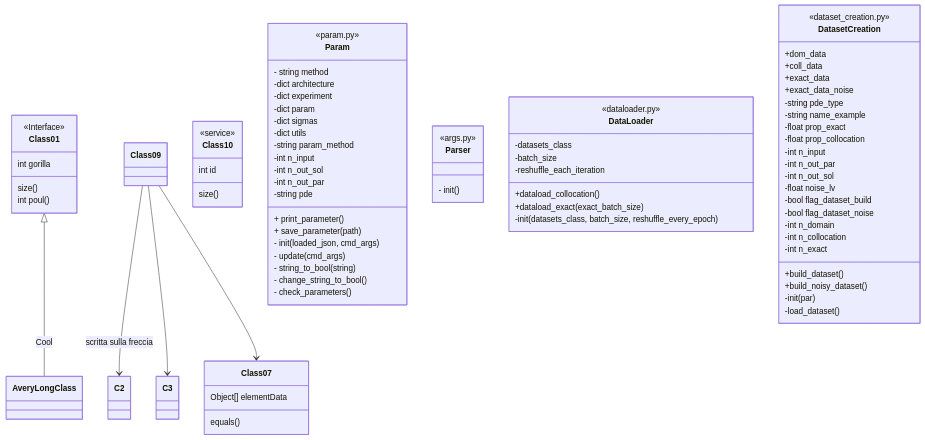
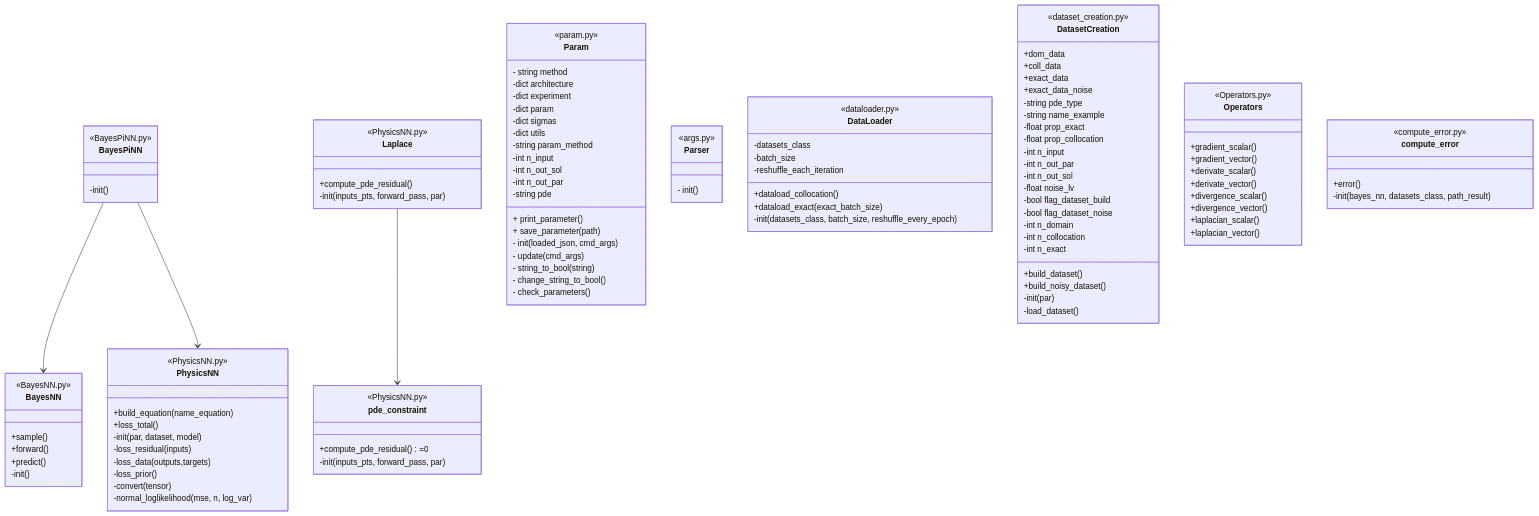
The diagram in classes.md (giuliamesc/BPINNs), drawn with Mermaid before and after one commit. The commit also changed 3 other files, not shown here.

````diff
--- a/classes.md
+++ b/classes.md
@@ -1,20 +1,8 @@
 ```mermaid
 classDiagram
-Class01 <|-- AveryLongClass : Cool
-<<Interface>> Class01
-Class09 --> C2 : scritta sulla freccia
-Class09 --> C3
-Class09 --> Class07
-Class07 : equals()
-Class07 : Object[] elementData
-Class01 : size()
-Class01 : int poul()
-Class01 : int gorilla
-class Class10 {
-  <<service>>
-  int id
-  size()
-}
+BayesPiNN --> BayesNN
+BayesPiNN --> PhysicsNN
+Laplace --> pde_constraint
 class Param{
     <<param.py>>
     - string method
@@ -78,4 +66,59 @@
     -load_dataset()
 
 }
+class BayesNN{
+    <<BayesNN.py>>
+    +sample()
+    +forward()
+    +predict()
+    -init()
+}
+
+class BayesPiNN{
+    <<BayesPiNN.py>>
+    -init()
+}
+
+class Operators{
+    <<Operators.py>>
+    +gradient_scalar()
+    +gradient_vector()
+    +derivate_scalar()
+    +derivate_vector()
+    +divergence_scalar()
+    +divergence_vector()
+    +laplacian_scalar()
+    +laplacian_vector()
+}
+
+class PhysicsNN{
+    <<PhysicsNN.py>>
+    +build_equation(name_equation)
+    +loss_total()
+    -init(par, dataset, model)
+    -loss_residual(inputs)
+    -loss_data(outputs,targets)
+    -loss_prior()
+    -convert(tensor)
+    -normal_loglikelihood(mse, n, log_var)
+}
+
+class pde_constraint{
+    <<PhysicsNN.py>>
+    +compute_pde_residual()=0
+    -init(inputs_pts, forward_pass, par)
+}
+
+class Laplace{
+    <<PhysicsNN.py>>
+    +compute_pde_residual()
+    -init(inputs_pts, forward_pass, par)
+}
+
+class compute_error{
+    <<compute_error.py>>
+    +error()
+    -init(bayes_nn, datasets_class, path_result)
+}
+
 ```
````
